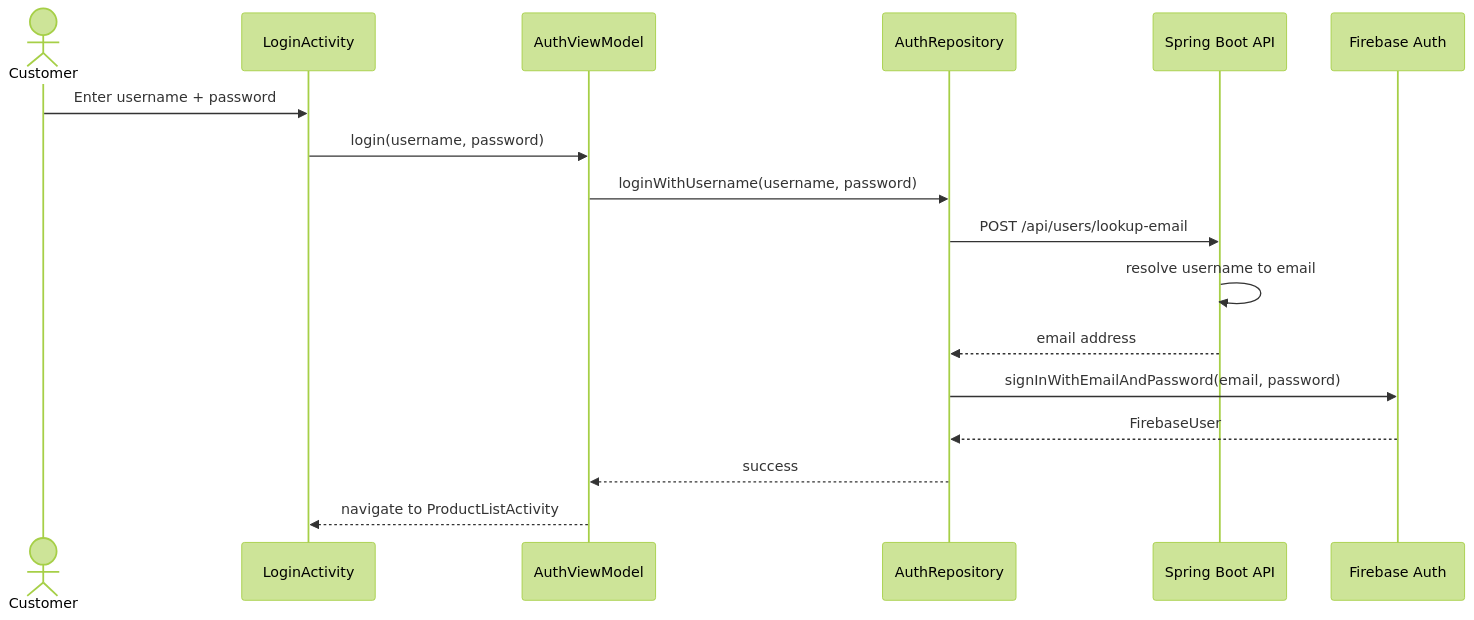
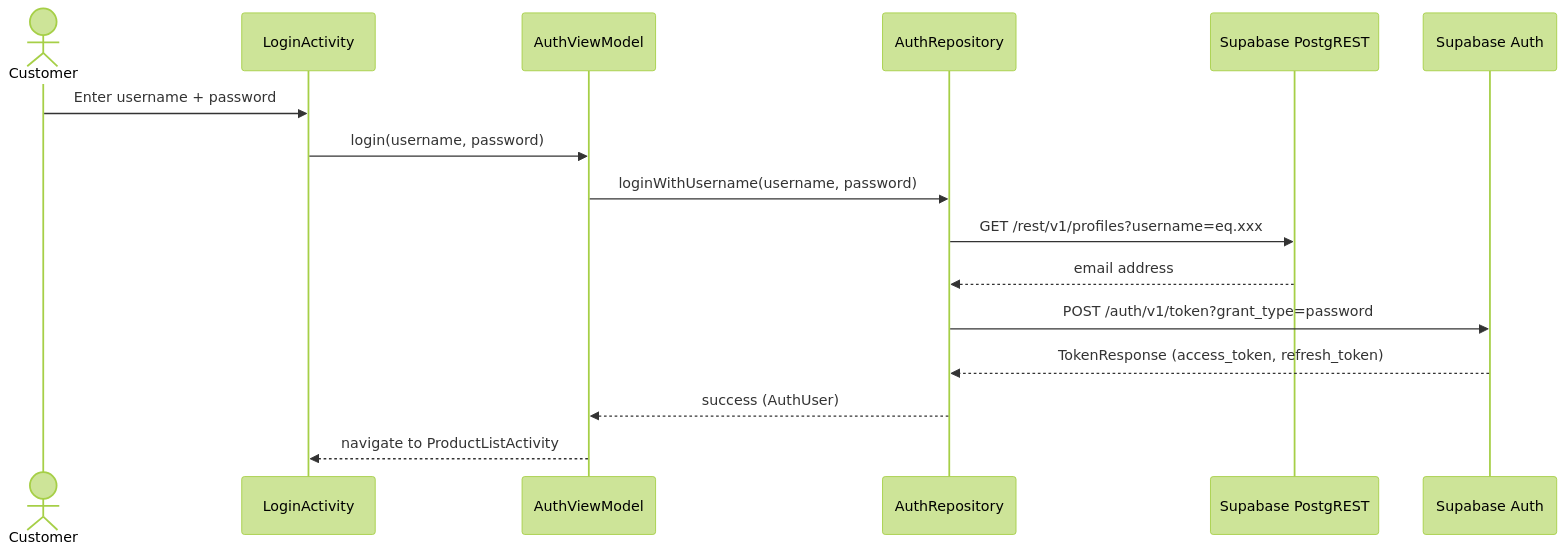
The fourth of 8 diagrams in README.md (Fathima-Asna/ICBT-MAD-Assignment), drawn with Mermaid (forest theme) before and after one commit. The commit also changed other lines of this file and 69 other files, not shown here.

Commit message:
Migrate to Supabase: remove Spring Boot backend, add Supabase Auth & PostgREST, update README

````diff
--- a/README.md
+++ b/README.md
@@ -410,20 +300,19 @@
 ```mermaid
 sequenceDiagram
     actor U as Customer
     participant A as LoginActivity
     participant VM as AuthViewModel
     participant R as AuthRepository
-    participant API as Spring Boot API
-    participant FB as Firebase Auth
+    participant DATA as Supabase PostgREST
+    participant AUTH as Supabase Auth
 
     U->>A: Enter username + password
     A->>VM: login(username, password)
     VM->>R: loginWithUsername(username, password)
-    R->>API: POST /api/users/lookup-email
-    API->>API: resolve username to email
-    API-->>R: email address
-    R->>FB: signInWithEmailAndPassword(email, password)
-    FB-->>R: FirebaseUser
-    R-->>VM: success
+    R->>DATA: GET /rest/v1/profiles?username=eq.xxx
+    DATA-->>R: email address
+    R->>AUTH: POST /auth/v1/token?grant_type=password
+    AUTH-->>R: TokenResponse (access_token, refresh_token)
+    R-->>VM: success (AuthUser)
     VM-->>A: navigate to ProductListActivity
 ```
````
